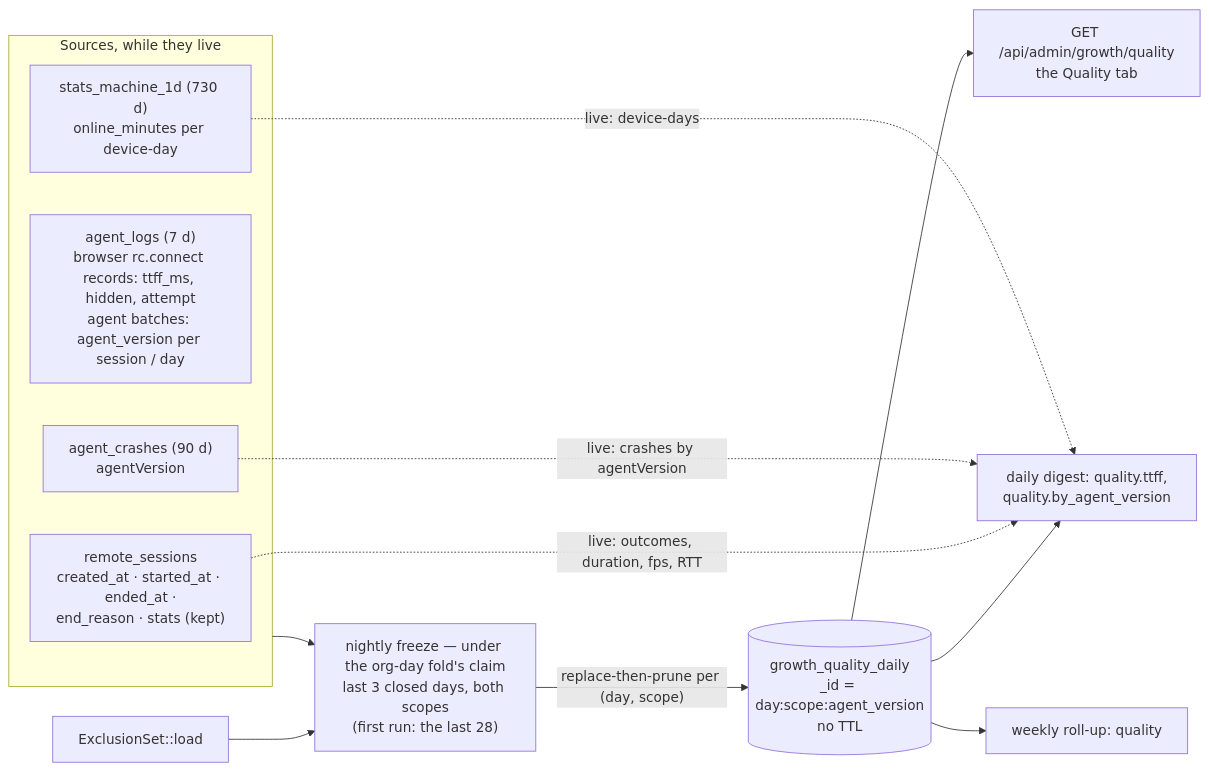
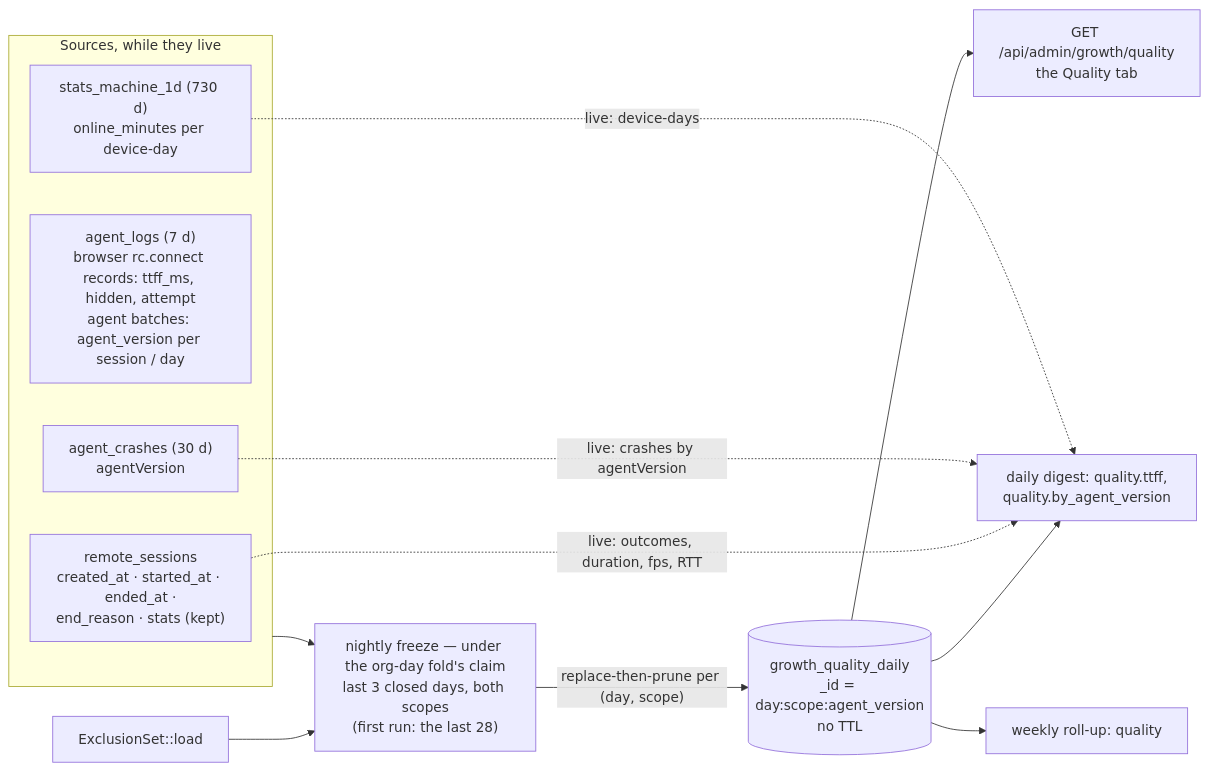
Before and after one commit to gjovanov/roomler-ai: diagram 15 of 16 in docs/growth-observability.md, drawn with Mermaid. The commit also changed other lines of this file and 5 other files, not shown here.

````diff
--- a/docs/growth-observability.md
+++ b/docs/growth-observability.md
@@ -1389,18 +1390,18 @@
 ```mermaid
 flowchart LR
   subgraph src["Sources, while they live"]
     RS["remote_sessions<br/>created_at · started_at · ended_at ·<br/>end_reason · stats (kept)"]
     AL["agent_logs (7 d)<br/>browser rc.connect records: ttff_ms, hidden, attempt<br/>agent batches: agent_version per session / day"]
-    AC["agent_crashes (90 d)<br/>agentVersion"]
+    AC["agent_crashes (30 d)<br/>agentVersion"]
     SM["stats_machine_1d (730 d)<br/>online_minutes per device-day"]
   end
   X["ExclusionSet::load"] --> J
   src --> J["nightly freeze — under the org-day fold's claim<br/>last 3 closed days, both scopes<br/>(first run: the last 28)"]
   J -->|"replace-then-prune per (day, scope)"| Q[("growth_quality_daily<br/>_id = day:scope:agent_version<br/>no TTL")]
   Q --> V["GET /api/admin/growth/quality<br/>the Quality tab"]
   Q --> D["daily digest: quality.ttff,<br/>quality.by_agent_version"]
   Q --> W["weekly roll-up: quality"]
   RS -. "live: outcomes, duration, fps, RTT" .-> D
   AC -. "live: crashes by agentVersion" .-> D
   SM -. "live: device-days" .-> D
 ```
````
